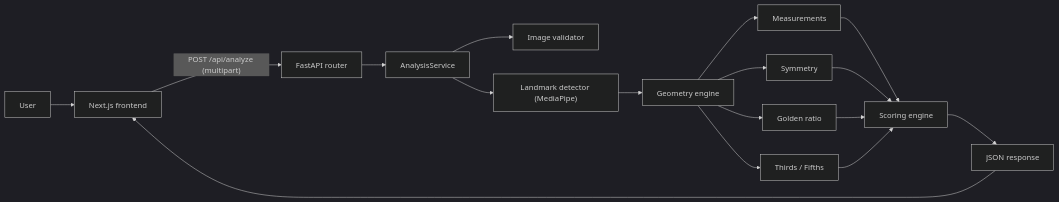
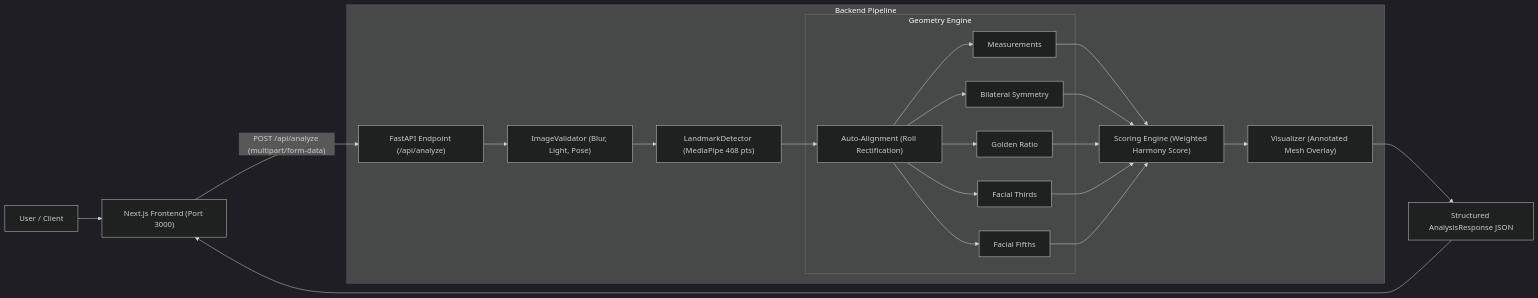
The diagram in README.md (parvatkhattak/Faceometry), drawn with Mermaid (dark theme) before and after one commit. The commit also changed other lines of this file, not shown here.

````diff
--- a/README.md
+++ b/README.md
@@ -65,16 +72,25 @@
 ```mermaid
 flowchart LR
-    U[User] --> F["Next.js frontend"]
-    F -- "POST /api/analyze (multipart)" --> A["FastAPI router"]
-    A --> S["AnalysisService"]
-    S --> V["Image validator"]
-    S --> L["Landmark detector (MediaPipe)"]
-    L --> G["Geometry engine"]
-    G --> G1["Measurements"]
-    G --> G2["Symmetry"]
-    G --> G3["Golden ratio"]
-    G --> G4["Thirds / Fifths"]
-    G1 & G2 & G3 & G4 --> SC["Scoring engine"]
-    SC --> R["JSON response"]
-    R --> F
+    User[User / Client] --> UI["Next.js Frontend (Port 3000)"]
+    UI -- "POST /api/analyze (multipart/form-data)" --> API["FastAPI Endpoint (/api/analyze)"]
+    
+    subgraph Backend Pipeline
+        API --> Val["ImageValidator (Blur, Light, Pose)"]
+        Val --> Det["LandmarkDetector (MediaPipe 468 pts)"]
+        Det --> Align["Auto-Alignment (Roll Rectification)"]
+        
+        subgraph Geometry Engine
+            Align --> M["Measurements"]
+            Align --> S["Bilateral Symmetry"]
+            Align --> GR["Golden Ratio"]
+            Align --> T["Facial Thirds"]
+            Align --> F["Facial Fifths"]
+        end
+        
+        M & S & GR & T & F --> Score["Scoring Engine (Weighted Harmony Score)"]
+        Score --> Vis["Visualizer (Annotated Mesh Overlay)"]
+    end
+    
+    Vis --> JSON["Structured AnalysisResponse JSON"]
+    JSON --> UI
 ```
````
